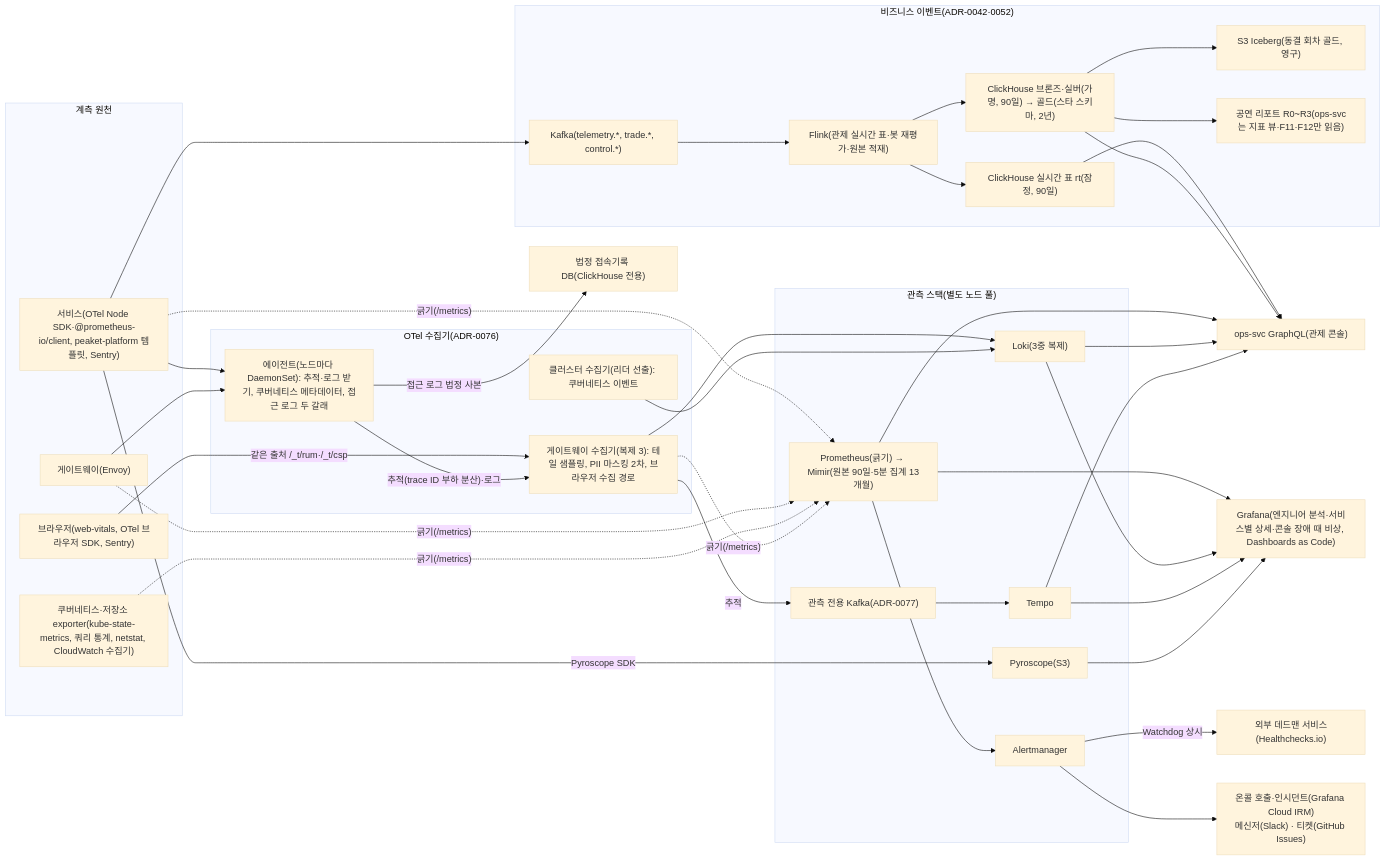
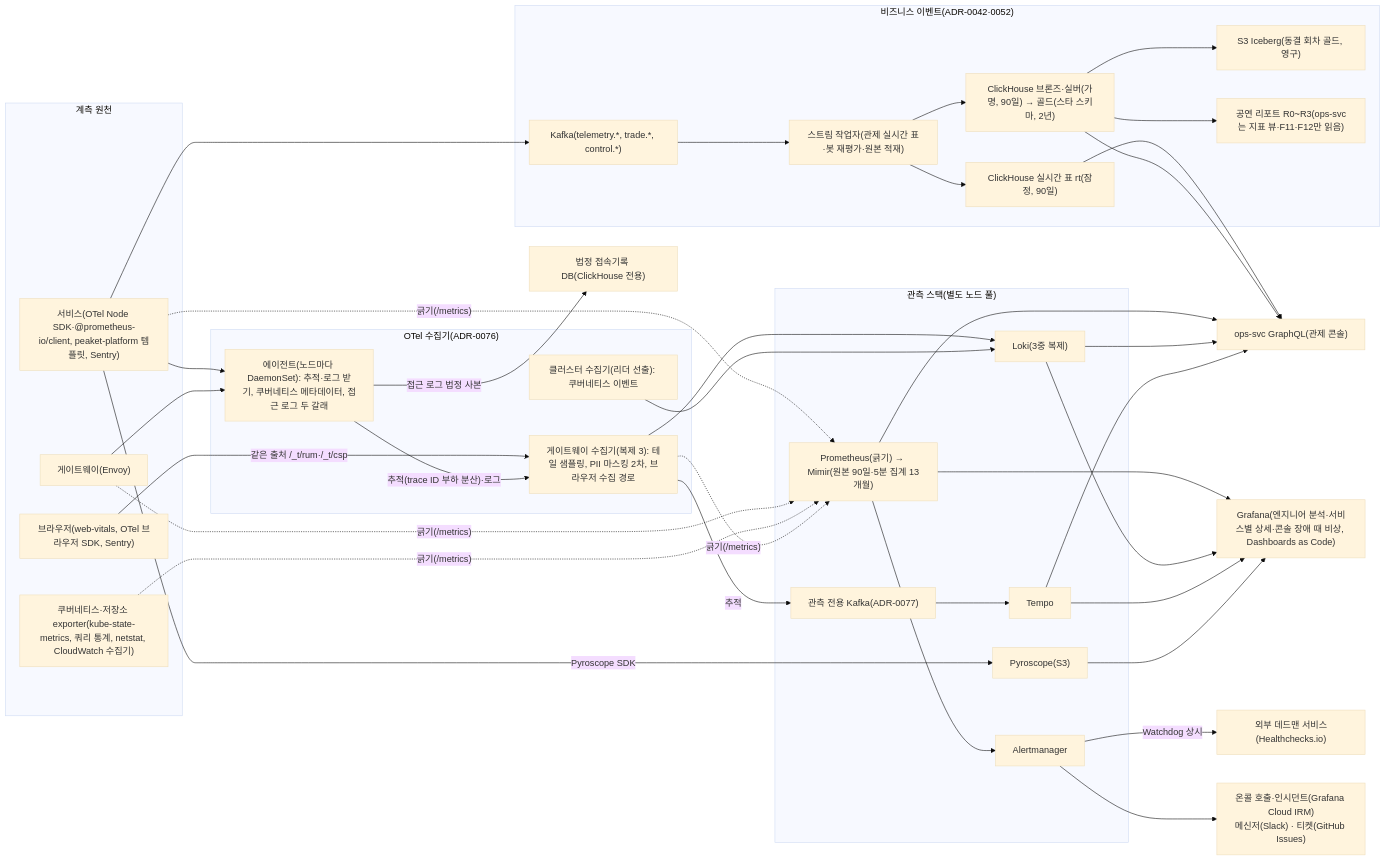
The diagram in docs/observability.md (peaket/peaket), drawn with Mermaid (base theme) before and after one commit. The commit also changed other lines of this file and 46 other files, not shown here.

````diff
--- a/docs/observability.md
+++ b/docs/observability.md
@@ -10,37 +10,37 @@
 ```mermaid
 flowchart LR
     subgraph SRC["계측 원천"]
         SVC["서비스(OTel Node SDK·@prometheus-io/client, peaket-platform 템플릿, Sentry)"]; GW["게이트웨이(Envoy)"]; FE["브라우저(web-vitals, OTel 브라우저 SDK, Sentry)"]; K8S["쿠버네티스·저장소 exporter(kube-state-metrics, 쿼리 통계, netstat, CloudWatch 수집기)"]
     end
     subgraph COLL["OTel 수집기(ADR-0076)"]
         AGT["에이전트(노드마다 DaemonSet): 추적·로그 받기, 쿠버네티스 메타데이터, 접근 로그 두 갈래"]
         GWC["게이트웨이 수집기(복제 3): 테일 샘플링, PII 마스킹 2차, 브라우저 수집 경로"]
         CLU["클러스터 수집기(리더 선출): 쿠버네티스 이벤트"]
     end
     ACC["법정 접속기록 DB(ClickHouse 전용)"]
     subgraph STORE["관측 스택(별도 노드 풀)"]
         PROM["Prometheus(긁기) → Mimir(원본 90일·5분 집계 13개월)"]; LOKI["Loki(3중 복제)"]; OKAFKA["관측 전용 Kafka(ADR-0077)"]; TEMPO["Tempo"]; PYRO["Pyroscope(S3)"]; AM["Alertmanager"]
     end
     subgraph BIZ["비즈니스 이벤트(ADR-0042·0052)"]
-        KAFKA["Kafka(telemetry.*, trade.*, control.*)"] --> FLINK["Flink(관제 실시간 표·봇 재평가·원본 적재)"]
+        KAFKA["Kafka(telemetry.*, trade.*, control.*)"] --> FLINK["스트림 작업자(관제 실시간 표·봇 재평가·원본 적재)"]
         FLINK --> RT["ClickHouse 실시간 표 rt(잠정, 90일)"]
         FLINK --> CH["ClickHouse 브론즈·실버(가명, 90일) → 골드(스타 스키마, 2년)"]
         CH --> ICE["S3 Iceberg(동결 회차 골드, 영구)"]
         CH --> REPORT["공연 리포트 R0~R3(ops-svc는 지표 뷰·F11·F12만 읽음)"]
     end
     SVC & GW --> AGT
     FE -->|"같은 출처 /_t/rum·/_t/csp"| GWC
     AGT -->|"추적(trace ID 부하 분산)·로그"| GWC
     AGT -->|"접근 로그 법정 사본"| ACC
     GWC --> LOKI
     GWC -->|"추적"| OKAFKA --> TEMPO
     CLU --> LOKI
     SVC & GW & K8S & GWC -.->|"긁기(/metrics)"| PROM
     SVC -->|"Pyroscope SDK"| PYRO
     SVC --> KAFKA
     PROM --> AM
     PROM & LOKI & TEMPO & RT & CH --> OPS["ops-svc GraphQL(관제 콘솔)"]
     PROM & LOKI & TEMPO & PYRO --> GRAF["Grafana(엔지니어 분석·서비스별 상세·콘솔 장애 때 비상, Dashboards as Code)"]
     AM -->|"Watchdog 상시"| EXT["외부 데드맨 서비스(Healthchecks.io)"]
     AM --> ONCALL["온콜 호출·인시던트(Grafana Cloud IRM)\n메신저(Slack) · 티켓(GitHub Issues)"]
 ```
````
